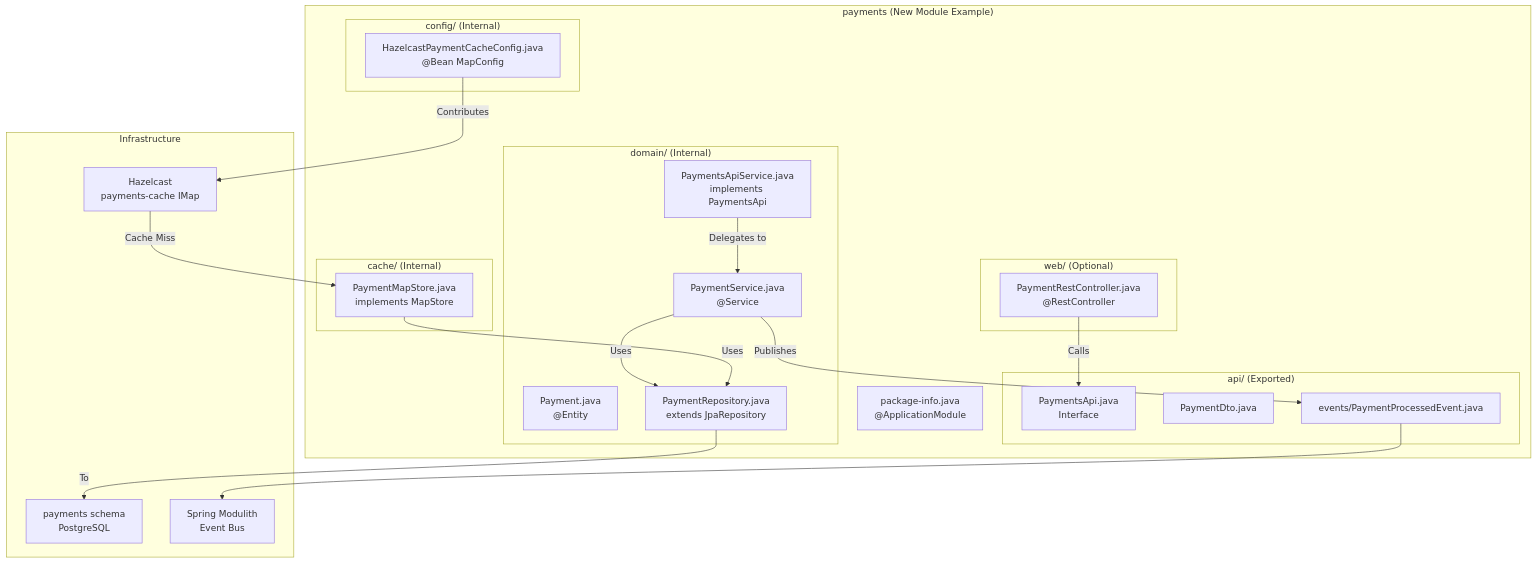
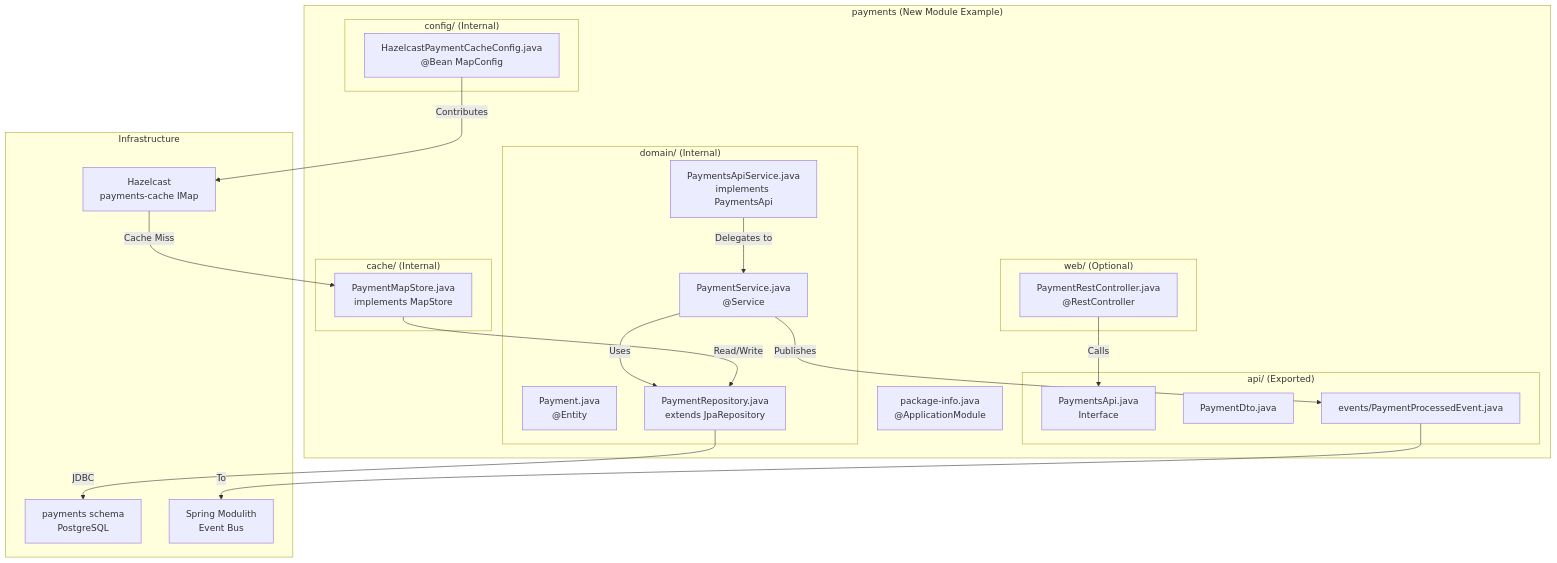
Before and after one commit to philipz/spring-modular-monolith: the third of 3 diagrams in docs/deepwiki/Adding-New-Modules.md, drawn with Mermaid. The commit also changed other lines of this file and 32 other files, not shown here.

````diff
--- a/docs/deepwiki/Adding-New-Modules.md
+++ b/docs/deepwiki/Adding-New-Modules.md
@@ -630,63 +630,63 @@
 ```mermaid
 flowchart TD
 
 PaymentsApi["PaymentsApi.java<br>Interface"]
 PaymentDto["PaymentDto.java"]
 PaymentEvent["events/PaymentProcessedEvent.java"]
 Payment["Payment.java<br>@Entity"]
 PaymentRepo["PaymentRepository.java<br>extends JpaRepository"]
 PaymentSvc["PaymentService.java<br>@Service"]
 PaymentApiImpl["PaymentsApiService.java<br>implements PaymentsApi"]
 PaymentMapStore["PaymentMapStore.java<br>implements MapStore"]
 PaymentCacheConfig["HazelcastPaymentCacheConfig.java<br>@Bean MapConfig"]
 PaymentController["PaymentRestController.java<br>@RestController"]
 PackageInfo["package-info.java<br>@ApplicationModule"]
 DB["payments schema<br>PostgreSQL"]
 HZ["Hazelcast<br>payments-cache IMap"]
 Events["Spring Modulith<br>Event Bus"]
 
-PaymentRepo -->|"To"| DB
+PaymentRepo -->|"JDBC"| DB
 HZ -->|"Cache Miss"| PaymentMapStore
-PaymentEvent --> Events
+PaymentEvent -->|"To"| Events
 PaymentCacheConfig -->|"Contributes"| HZ
 
 subgraph Infrastructure ["Infrastructure"]
     DB
     HZ
     Events
 end
 
 subgraph subGraph5 ["payments (New Module Example)"]
     PackageInfo
     PaymentController -->|"Calls"| PaymentsApi
-    PaymentMapStore -->|"Uses"| PaymentRepo
+    PaymentMapStore -->|"Read/Write"| PaymentRepo
     PaymentSvc -->|"Publishes"| PaymentEvent
 
 subgraph subGraph4 ["web/ (Optional)"]
     PaymentController
 end
 
 subgraph subGraph3 ["config/ (Internal)"]
     PaymentCacheConfig
 end
 
 subgraph subGraph2 ["cache/ (Internal)"]
     PaymentMapStore
 end
 
 subgraph subGraph1 ["domain/ (Internal)"]
     Payment
     PaymentRepo
     PaymentSvc
     PaymentApiImpl
     PaymentSvc -->|"Uses"| PaymentRepo
     PaymentApiImpl -->|"Delegates to"| PaymentSvc
 end
 
 subgraph subGraph0 ["api/ (Exported)"]
     PaymentsApi
     PaymentDto
     PaymentEvent
 end
 end
 ```
````
